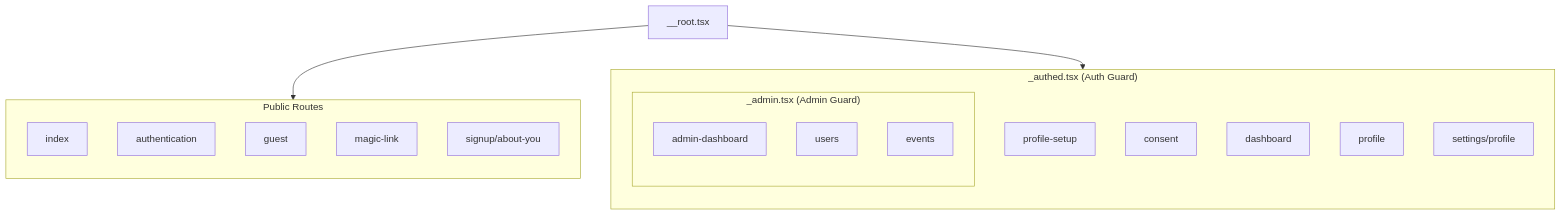
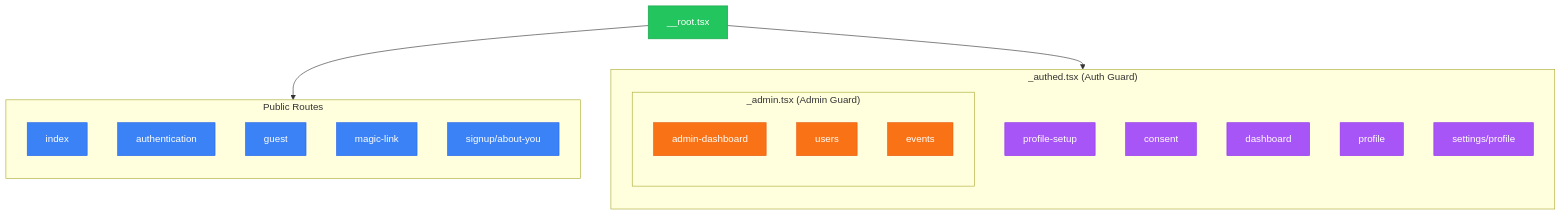
Before and after one commit to Natural-Highs/live: the first of 2 diagrams in docs/project/05-routing.md, drawn with Mermaid. The commit also changed other lines of this file and 11 other files, not shown here.

````diff
--- a/docs/project/05-routing.md
+++ b/docs/project/05-routing.md
@@ -8,33 +8,48 @@
 ```mermaid
 flowchart TB
     ROOT["__root.tsx"]
 
     ROOT --> PUBLIC
     ROOT --> AUTHED
 
     subgraph PUBLIC["Public Routes"]
         direction TB
         HOME["index"]
         AUTH_PAGE["authentication"]
         GUEST["guest"]
         MAGIC["magic-link"]
         SIGNUP["signup/about-you"]
     end
 
     subgraph AUTHED["_authed.tsx (Auth Guard)"]
         direction TB
         PROFILE_SETUP["profile-setup"]
         CONSENT["consent"]
         DASHBOARD["dashboard"]
         PROFILE["profile"]
         SETTINGS["settings/profile"]
         ADMIN
     end
 
     subgraph ADMIN["_admin.tsx (Admin Guard)"]
         direction TB
         ADMIN_DASH["admin-dashboard"]
         USERS["users"]
         EVENTS["events"]
     end
+
+    style ROOT fill:#22c55e,stroke:#16a34a,color:#fff
+    style HOME fill:#3b82f6,stroke:#2563eb,color:#fff
+    style AUTH_PAGE fill:#3b82f6,stroke:#2563eb,color:#fff
+    style GUEST fill:#3b82f6,stroke:#2563eb,color:#fff
+    style MAGIC fill:#3b82f6,stroke:#2563eb,color:#fff
+    style SIGNUP fill:#3b82f6,stroke:#2563eb,color:#fff
+    style PROFILE_SETUP fill:#a855f7,stroke:#9333ea,color:#fff
+    style CONSENT fill:#a855f7,stroke:#9333ea,color:#fff
+    style DASHBOARD fill:#a855f7,stroke:#9333ea,color:#fff
+    style PROFILE fill:#a855f7,stroke:#9333ea,color:#fff
+    style SETTINGS fill:#a855f7,stroke:#9333ea,color:#fff
+    style ADMIN_DASH fill:#f97316,stroke:#ea580c,color:#fff
+    style USERS fill:#f97316,stroke:#ea580c,color:#fff
+    style EVENTS fill:#f97316,stroke:#ea580c,color:#fff
 ```
````
